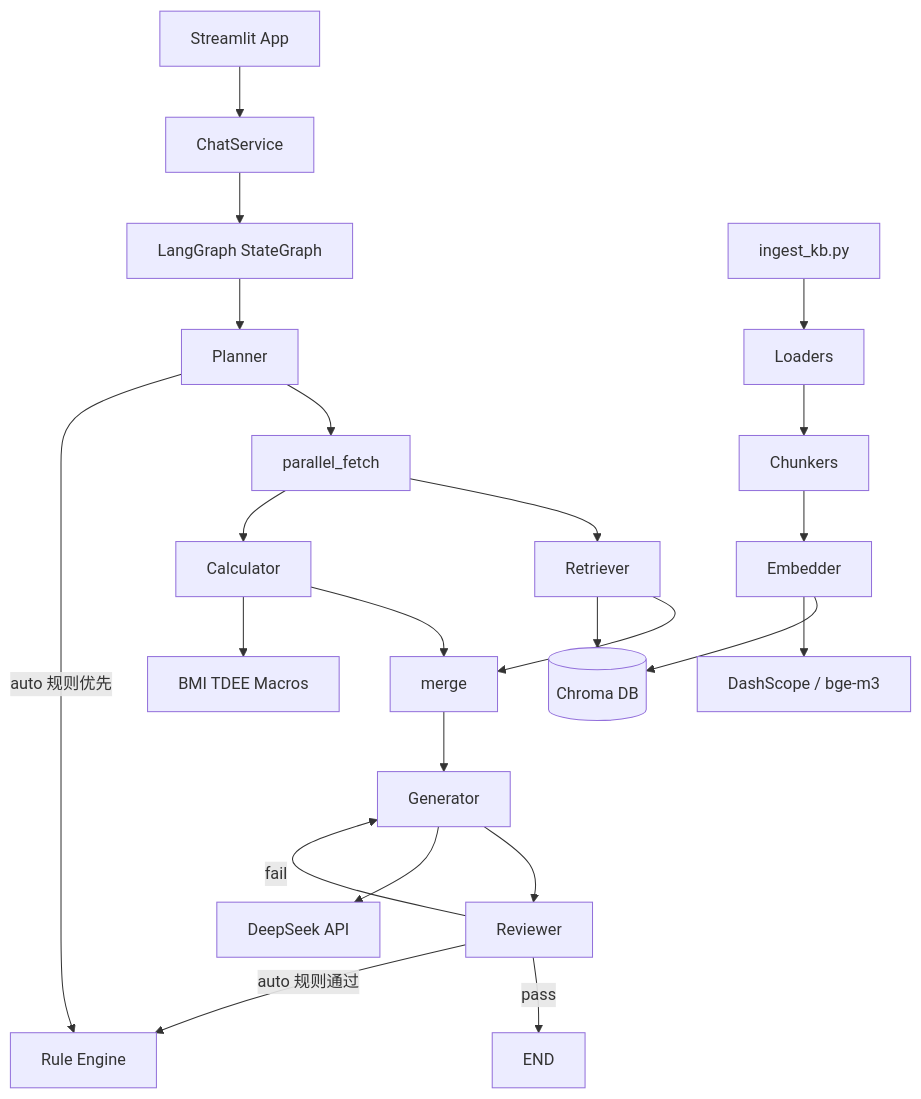
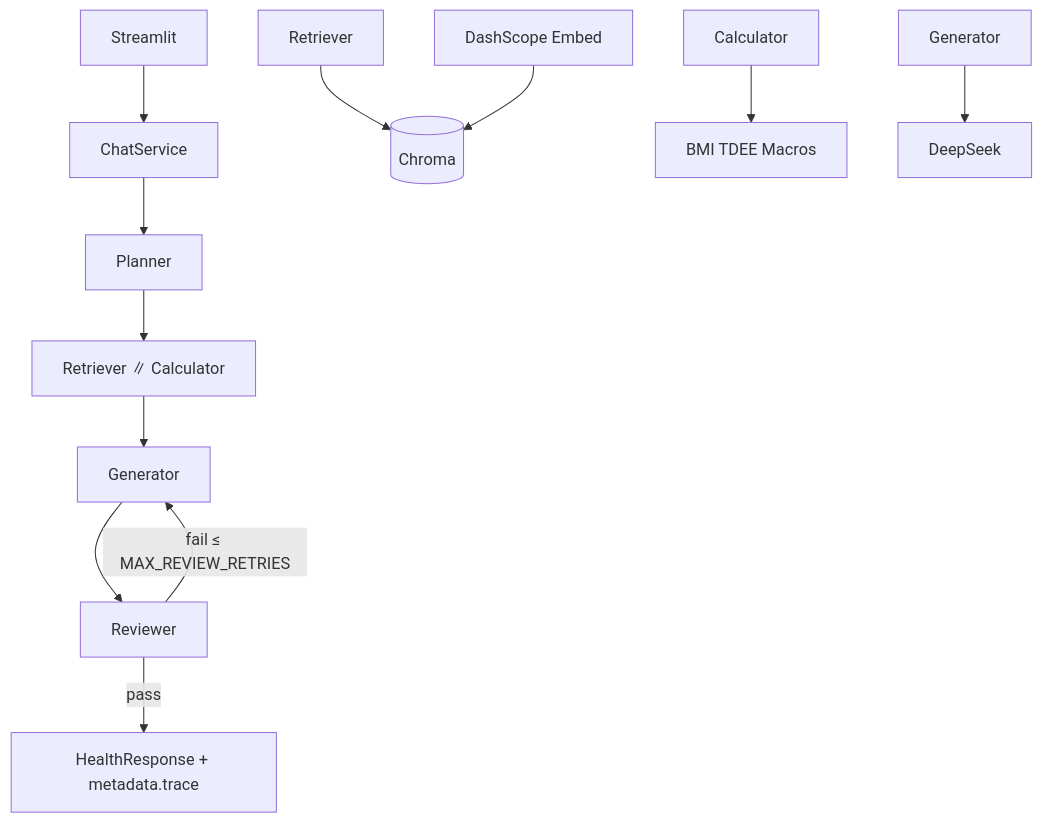
Before and after one commit to huyibl/multi-agent-: the diagram in docs/architecture.md, drawn with Mermaid. The commit also changed other lines of this file and 48 other files, not shown here.

````diff
--- a/docs/architecture.md
+++ b/docs/architecture.md
@@ -7,20 +11,14 @@
 ```mermaid
 flowchart TB
-    UI[Streamlit App] --> ChatService
-    ChatService --> Graph[LangGraph StateGraph]
-    Graph --> Planner --> FanOut[parallel_fetch]
-    FanOut --> Retriever
-    FanOut --> Calculator
-    Retriever --> Merge[merge]
-    Calculator --> Merge
-    Merge --> Generator --> Reviewer
-    Reviewer -->|fail| Generator
-    Reviewer -->|pass| END_NODE[END]
-    Retriever --> Chroma[(Chroma DB)]
+    UI[Streamlit] --> CS[ChatService]
+    CS --> P[Planner]
+    P --> Par[Retriever ∥ Calculator]
+    Par --> G[Generator]
+    G --> Rev[Reviewer]
+    Rev -->|fail ≤ MAX_REVIEW_RETRIES| G
+    Rev -->|pass| Out[HealthResponse + metadata.trace]
+    Retriever --> Chroma[(Chroma)]
     Calculator --> Tools[BMI TDEE Macros]
-    Planner -->|auto 规则优先| Rules[Rule Engine]
-    Generator --> DeepSeek[DeepSeek API]
-    Reviewer -->|auto 规则通过| Rules
-    Ingest[ingest_kb.py] --> Loaders --> Chunkers --> Embedder --> Chroma
-    Embedder --> DashScope[DashScope / bge-m3]
+    Generator --> LLM[DeepSeek]
+    Embedder[DashScope Embed] --> Chroma
 ```
````
